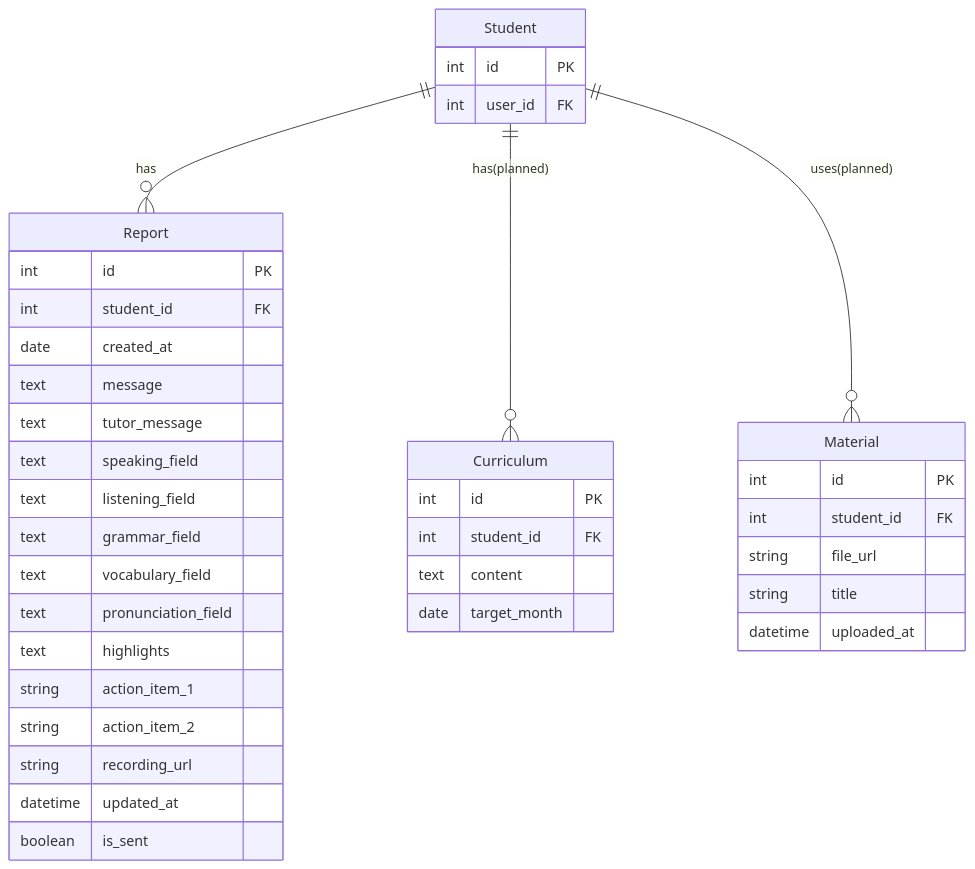
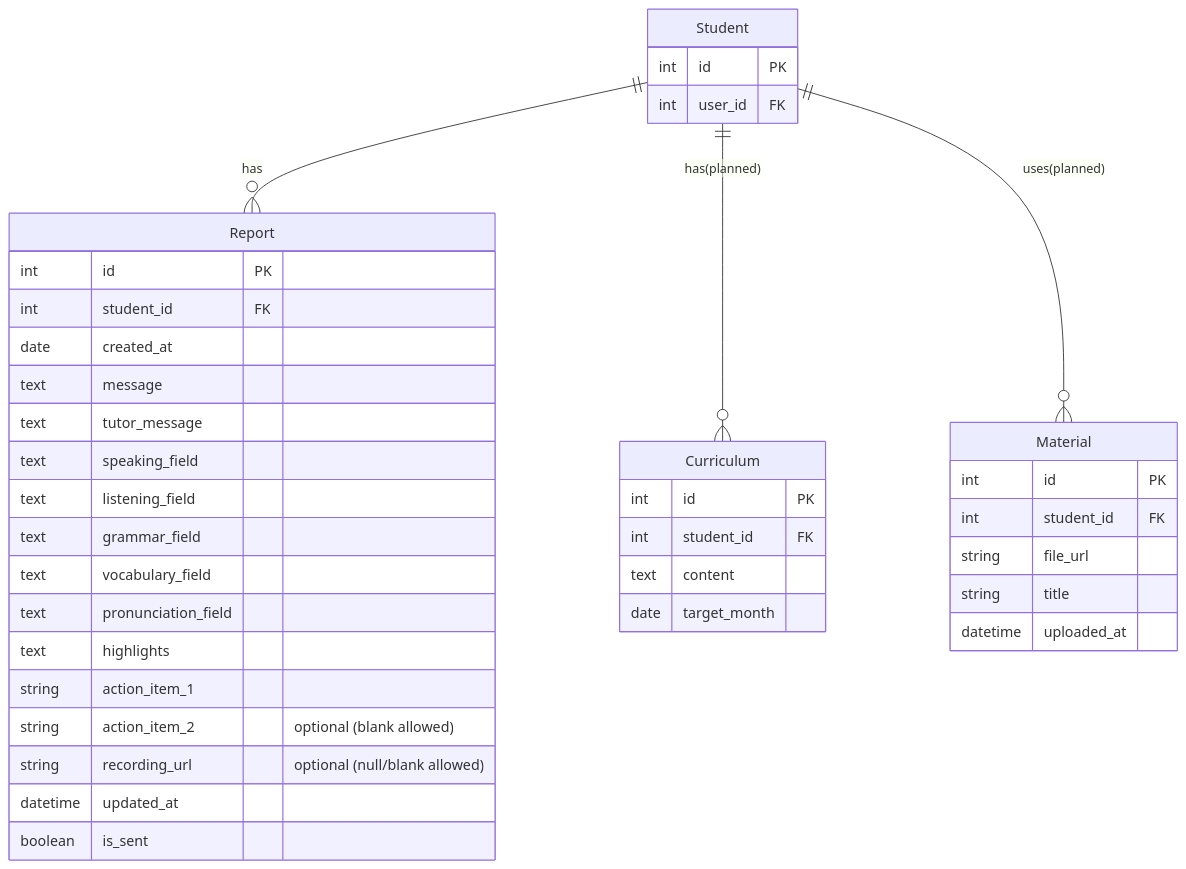
Before and after one commit to Saaka-y/korup: the fifth of 9 diagrams in docs/DATABASE_DESIGN.md, drawn with Mermaid. The commit also changed other lines of this file and 11 other files, not shown here.

````diff
--- a/docs/DATABASE_DESIGN.md
+++ b/docs/DATABASE_DESIGN.md
@@ -302,45 +345,45 @@
 ```mermaid
 erDiagram
     Student ||--o{ Report : "has"
     Student ||--o{ Curriculum : "has(planned)"
     Student ||--o{ Material : "uses(planned)"
 
     Report {
         int id PK
         int student_id FK
         date created_at
         text message
         text tutor_message
         text speaking_field
         text listening_field
         text grammar_field
         text vocabulary_field
         text pronunciation_field
         text highlights
         string action_item_1
-        string action_item_2
-        string recording_url
+        string action_item_2 "optional (blank allowed)"
+        string recording_url "optional (null/blank allowed)"
         datetime updated_at
         boolean is_sent
     }
 
     Curriculum {
         int id PK
         int student_id FK
         text content
         date target_month
     }
 
     Material {
         int id PK
         int student_id FK
         string file_url
         string title
         datetime uploaded_at
     }
 
     Student {
         int id PK
         int user_id FK
     }
 ```
````
